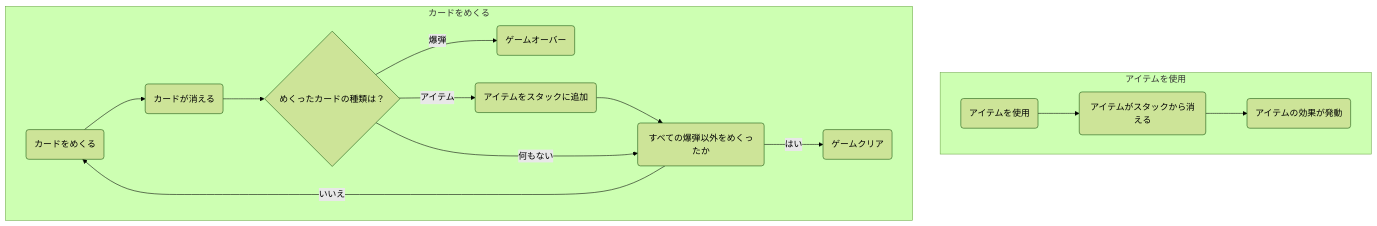
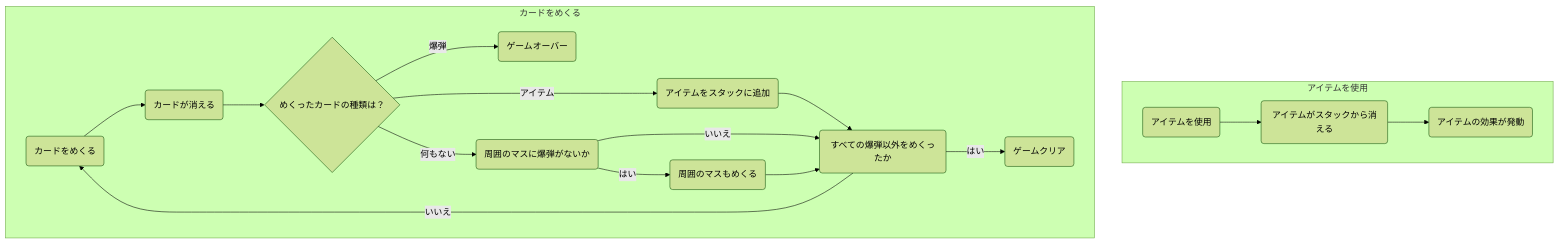
The first of 2 diagrams in Documents/FlowChart.md (henohenon/GameMake), drawn with Mermaid (forest theme) before and after one commit.

Commit message:
add flowchart

````diff
--- a/Documents/FlowChart.md
+++ b/Documents/FlowChart.md
@@ -1,18 +1,21 @@
 ```mermaid
 graph TD;
 
 subgraph アイテムを使用
     item1(アイテムを使用)-->item2(アイテムがスタックから消える)-->item3(アイテムの効果が発動)
 end
 subgraph カードをめくる
     card1(カードをめくる)-->card2(カードが消える)
     card2-->cardSwitch1{めくったカードの種類は？}
     cardSwitch1--爆弾-->cardEnd1(ゲームオーバー)
     cardSwitch1--アイテム-->card3(アイテムをスタックに追加)
     card3-->cardSwitch2
-    cardSwitch1--何もない-->cardSwitch2(すべての爆弾以外をめくったか)
+    cardSwitch1--何もない-->cardSwitch3(周囲のマスに爆弾がないか)
+    cardSwitch3--はい-->card4(周囲のマスもめくる)
+    cardSwitch3--いいえ-->cardSwitch2(すべての爆弾以外をめくったか)
+    card4-->cardSwitch2
     cardSwitch2--はい-->cardEnd2(ゲームクリア)
     cardSwitch2--いいえ-->card1
 end
 
 ```
````
